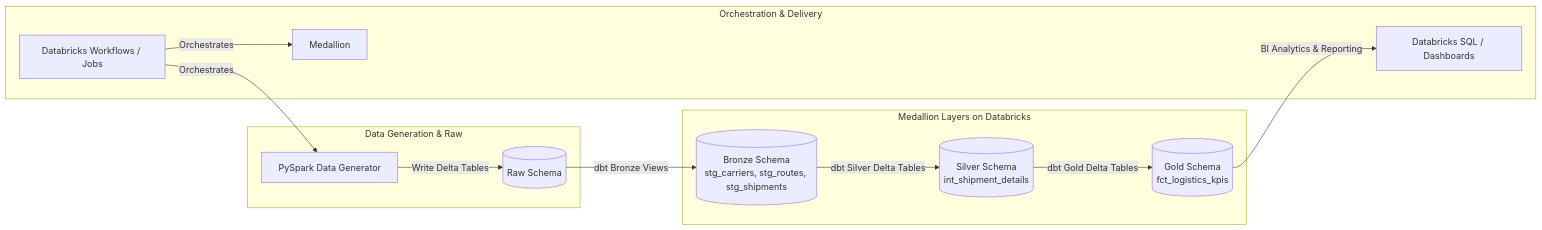
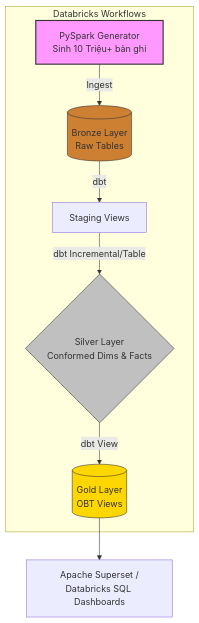
One commit to TamBui1704/databricks-dbt-logistics-lakehouse changed the diagram in README.md. Above: the diagram before and after it, drawn with Mermaid. The commit also changed other lines of this file and 21 other files, not shown here.

````diff
--- a/README.md
+++ b/README.md
@@ -11,18 +24,15 @@
 ```mermaid
-flowchart LR
-    subgraph Data Generation & Raw
-        A[PySpark Data Generator] -->|Write Delta Tables| B[(Raw Schema)]
+graph TD
+    subgraph Orchestration [Databricks Workflows]
+        A[PySpark Generator<br/>Sinh 10 Triệu+ bản ghi] -->|Ingest| B[(Bronze Layer<br/>Raw Tables)]
+        B -->|dbt| C[Staging Views]
+        C -->|dbt Incremental/Table| D{Silver Layer<br/>Conformed Dims & Facts}
+        D -->|dbt View| E[(Gold Layer<br/>OBT Views)]
     end
-
-    subgraph Medallion Layers on Databricks
-        B -->|dbt Bronze Views| C[(Bronze Schema\nstg_carriers, stg_routes, stg_shipments)]
-        C -->|dbt Silver Delta Tables| D[(Silver Schema\nint_shipment_details)]
-        D -->|dbt Gold Delta Tables| E[(Gold Schema\nfct_logistics_kpis)]
-    end
-
-    subgraph Orchestration & Delivery
-        F[Databricks Workflows / Jobs] -->|Orchestrates| A
-        F -->|Orchestrates| Medallion
-        E -->|BI Analytics & Reporting| G[Databricks SQL / Dashboards]
-    end
+    E --> F[Apache Superset /<br/>Databricks SQL Dashboards]
+    
+    style A fill:#f9f,stroke:#333,stroke-width:2px
+    style B fill:#cd7f32,stroke:#333
+    style D fill:#c0c0c0,stroke:#333
+    style E fill:#ffd700,stroke:#333
 ```
````
